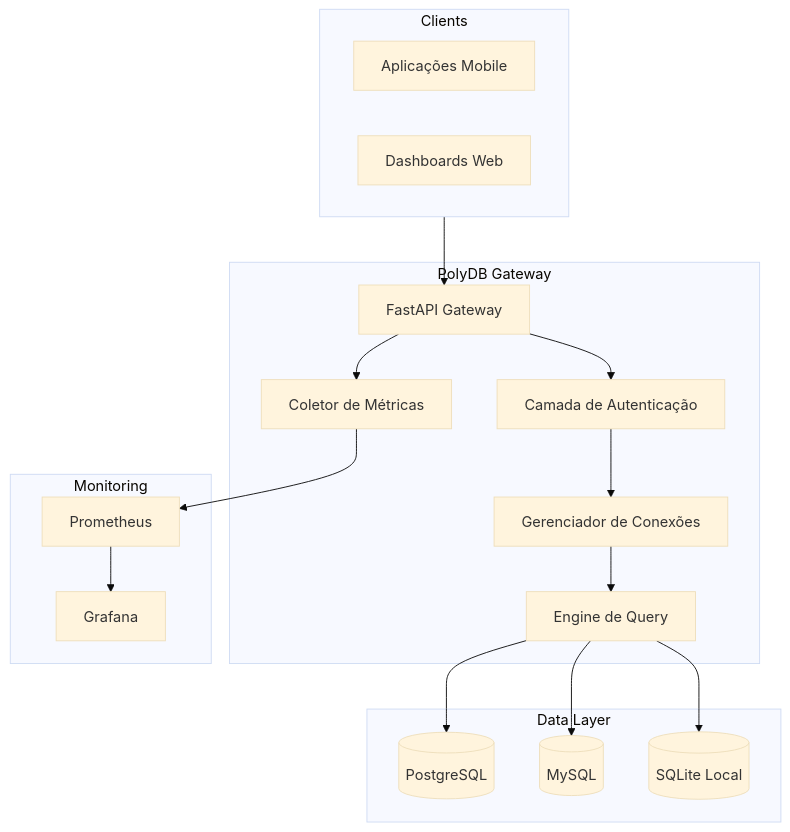
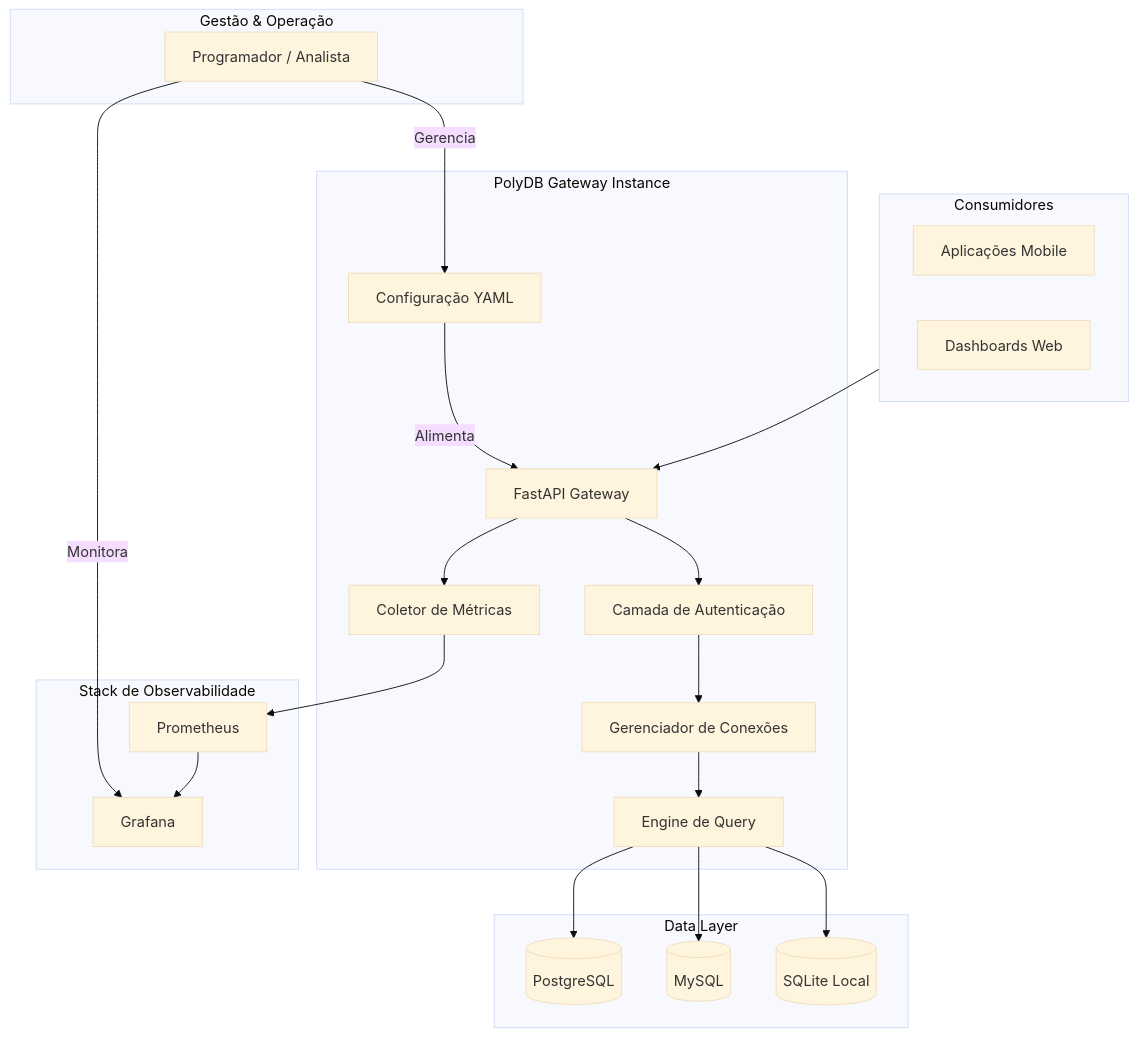
Before and after one commit to Rilen/PolyDB-Gateway: the diagram in README.md, drawn with Mermaid (base theme).

Commit message:
feat: enhance architecture diagram with new user roles, configuration, and detailed data, management, and metrics flows.

````diff
--- a/README.md
+++ b/README.md
@@ -28,37 +28,50 @@
 ```mermaid
 flowchart TD
-    subgraph Clients
+    subgraph Users ["Gestão & Operação"]
+        Admin[Programador / Analista]
+    end
+
+    subgraph Clients ["Consumidores"]
         App1[Aplicações Mobile]
         App2[Dashboards Web]
     end
 
-    subgraph "PolyDB Gateway"
+    subgraph Gateway ["PolyDB Gateway Instance"]
         API[FastAPI Gateway]
+        Config[Configuração YAML]
         Auth[Camada de Autenticação]
         ConnMgr[Gerenciador de Conexões]
         Engine[Engine de Query]
         Metrics[Coletor de Métricas]
     end
 
-    subgraph "Data Layer"
+    subgraph Data ["Data Layer"]
         PG[(PostgreSQL)]
         MY[(MySQL)]
         SQ[(SQLite Local)]
     end
 
-    subgraph Monitoring
+    subgraph Observability ["Stack de Observabilidade"]
         PR[Prometheus]
         GR[Grafana]
     end
 
+    %% Fluxo de Gestão
+    Admin -- "Gerencia" --> Config
+    Config -- "Alimenta" --> API
+    Admin -- "Monitora" --> GR
+
+    %% Fluxo de Dados
     Clients --> API
     API --> Auth
     Auth --> ConnMgr
     ConnMgr --> Engine
     Engine --> PG
     Engine --> MY
     Engine --> SQ
+    
+    %% Fluxo de Métricas
     API --> Metrics
     Metrics --> PR
     PR --> GR
 ```
````
